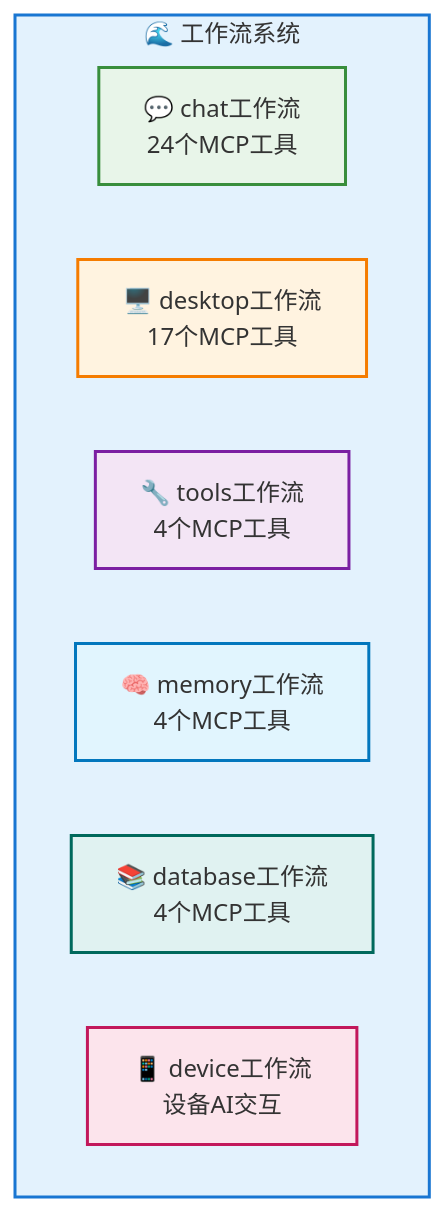
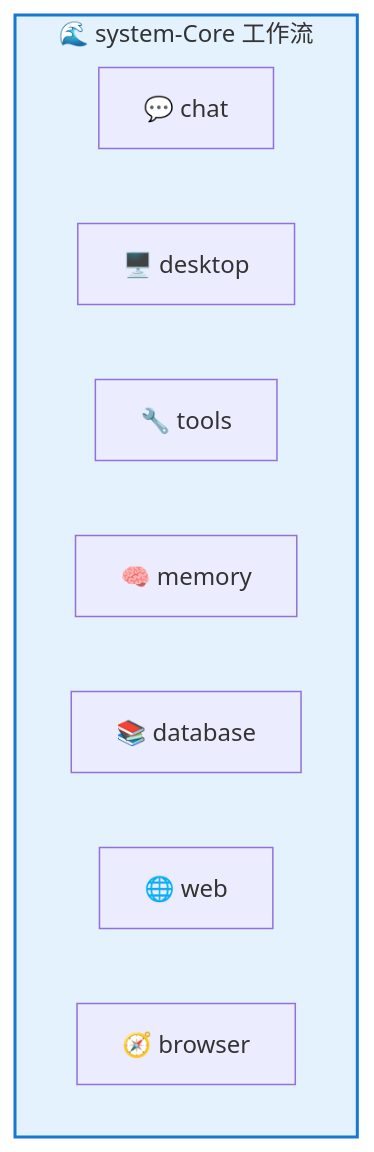
One commit to sunflowermm/XRK-AGT changed the first of 4 diagrams in docs/system-core.md. Above: the diagram before and after it, drawn with Mermaid. The commit also changed other lines of this file and 55 other files, not shown here.

````diff
--- a/docs/system-core.md
+++ b/docs/system-core.md
@@ -261,19 +262,14 @@
 ```mermaid
 flowchart TB
-    subgraph Streams["🌊 工作流系统"]
-        Chat["💬 chat工作流<br/>24个MCP工具"]
-        Desktop["🖥️ desktop工作流<br/>17个MCP工具"]
-        Tools["🔧 tools工作流<br/>4个MCP工具"]
-        Memory["🧠 memory工作流<br/>4个MCP工具"]
-        Database["📚 database工作流<br/>4个MCP工具"]
-        Device["📱 device工作流<br/>设备AI交互"]
+    subgraph Streams["🌊 system-Core 工作流"]
+        Chat["💬 chat"]
+        Desktop["🖥️ desktop"]
+        Tools["🔧 tools"]
+        Memory["🧠 memory"]
+        Database["📚 database"]
+        Web["🌐 web"]
+        Browser["🧭 browser"]
     end
     
     style Streams fill:#E3F2FD,stroke:#1976D2,stroke-width:2px
-    style Chat fill:#E8F5E9,stroke:#388E3C,stroke-width:2px
-    style Desktop fill:#FFF3E0,stroke:#F57C00,stroke-width:2px
-    style Tools fill:#F3E5F5,stroke:#7B1FA2,stroke-width:2px
-    style Memory fill:#E1F5FE,stroke:#0277BD,stroke-width:2px
-    style Database fill:#E0F2F1,stroke:#00695C,stroke-width:2px
-    style Device fill:#FCE4EC,stroke:#C2185B,stroke-width:2px
 ```
````
